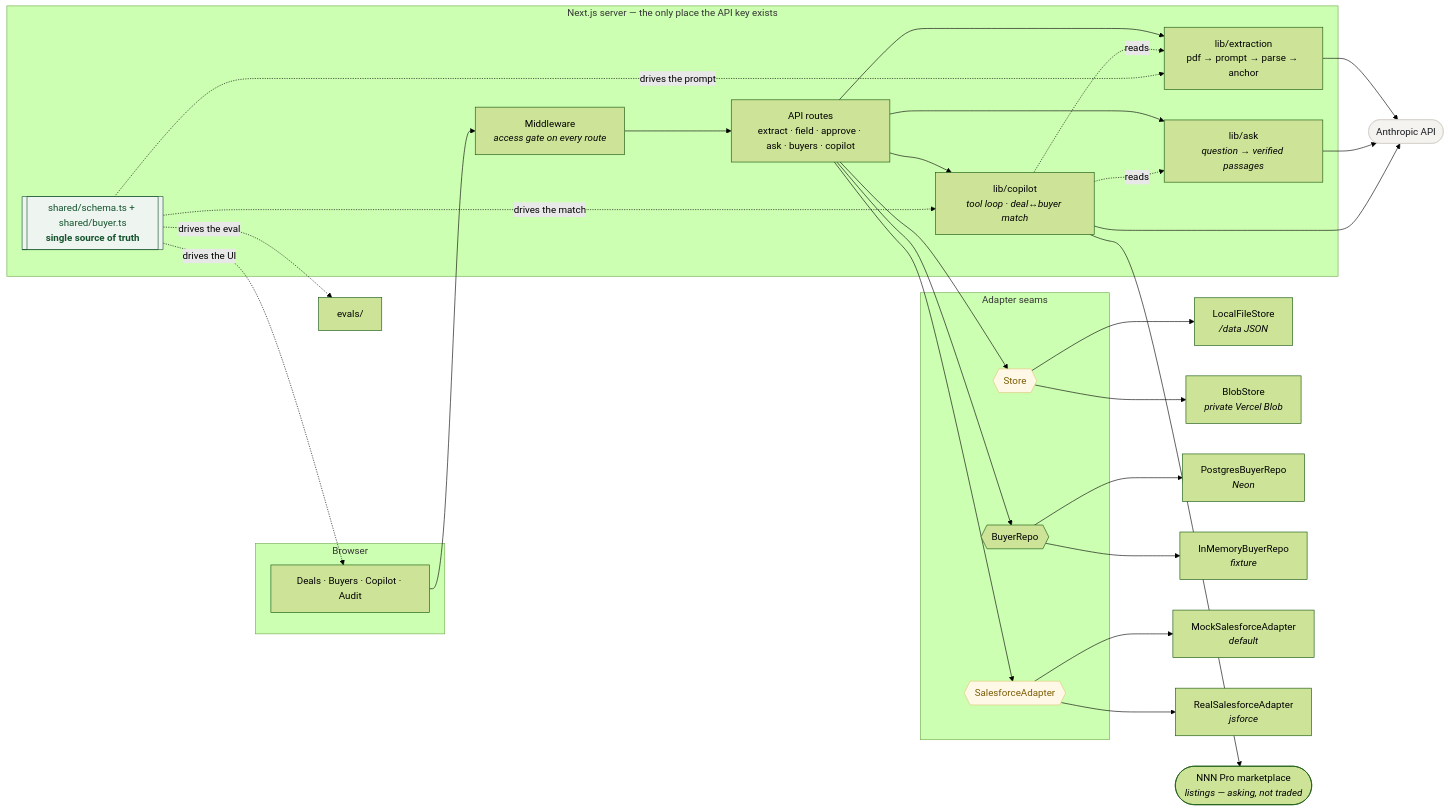
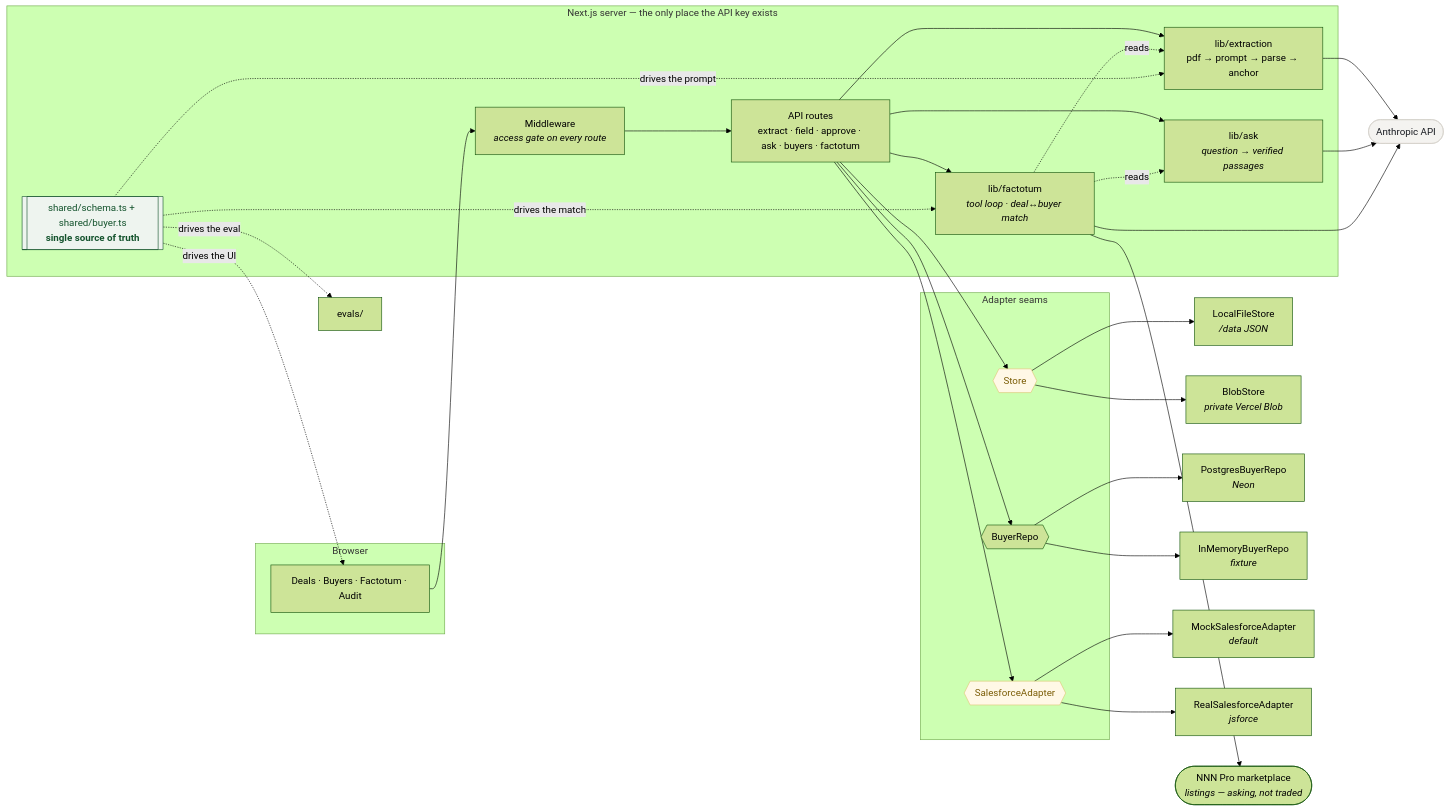
One commit to sjzavala/artificer changed the second of 2 diagrams in README.md. Above: the diagram before and after it, drawn with Mermaid (forest theme). The commit also changed other lines of this file and 15 other files, not shown here.

````diff
--- a/README.md
+++ b/README.md
@@ -397,56 +398,56 @@
 ```mermaid
 flowchart LR
     subgraph browser["Browser"]
-        UI["Deals · Buyers · Copilot · Audit"]
+        UI["Deals · Buyers · Factotum · Audit"]
     end
 
     subgraph server["Next.js server — the only place the API key exists"]
         MW["Middleware<br/><i>access gate on every route</i>"]
-        API["API routes<br/>extract · field · approve · ask · buyers · copilot"]
+        API["API routes<br/>extract · field · approve · ask · buyers · factotum"]
         EX["lib/extraction<br/>pdf → prompt → parse → anchor"]
         ASK["lib/ask<br/><i>question → verified passages</i>"]
-        COP["lib/copilot<br/><i>tool loop · deal↔buyer match</i>"]
+        COP["lib/factotum<br/><i>tool loop · deal↔buyer match</i>"]
         SCHEMA[["shared/schema.ts + shared/buyer.ts<br/><b>single source of truth</b>"]]
     end
 
     subgraph seams["Adapter seams"]
         STORE{{"Store"}}
         REPO{{"BuyerRepo"}}
         SF{{"SalesforceAdapter"}}
     end
 
     LOCAL["LocalFileStore<br/><i>/data JSON</i>"]
     BLOB["BlobStore<br/><i>private Vercel Blob</i>"]
     PG["PostgresBuyerRepo<br/><i>Neon</i>"]
     MEM["InMemoryBuyerRepo<br/><i>fixture</i>"]
     MOCK["MockSalesforceAdapter<br/><i>default</i>"]
     REAL["RealSalesforceAdapter<br/><i>jsforce</i>"]
     MODEL(["Anthropic API"])
     MARKET(["NNN Pro marketplace<br/><i>listings — asking, not traded</i>"])
 
     UI --> MW --> API
     API --> EX --> MODEL
     API --> ASK --> MODEL
     API --> COP --> MODEL
     COP -.->|"reads"| EX
     COP -.->|"reads"| ASK
     COP --> MARKET
     API --> STORE
     API --> REPO
     API --> SF
     SCHEMA -.->|"drives the prompt"| EX
     SCHEMA -.->|"drives the UI"| UI
     SCHEMA -.->|"drives the eval"| EVAL["evals/"]
     SCHEMA -.->|"drives the match"| COP
     STORE --> LOCAL
     STORE --> BLOB
     REPO --> PG
     REPO --> MEM
     SF --> MOCK
     SF --> REAL
 
     style SCHEMA fill:#eef4ef,stroke:#14532d,color:#14532d
     style MODEL fill:#f4f3f0,stroke:#d5d2cb,color:#16191f
     style STORE fill:#fff8e6,stroke:#e0c675,color:#7a5c05
     style SF fill:#fff8e6,stroke:#e0c675,color:#7a5c05
 ```
````
